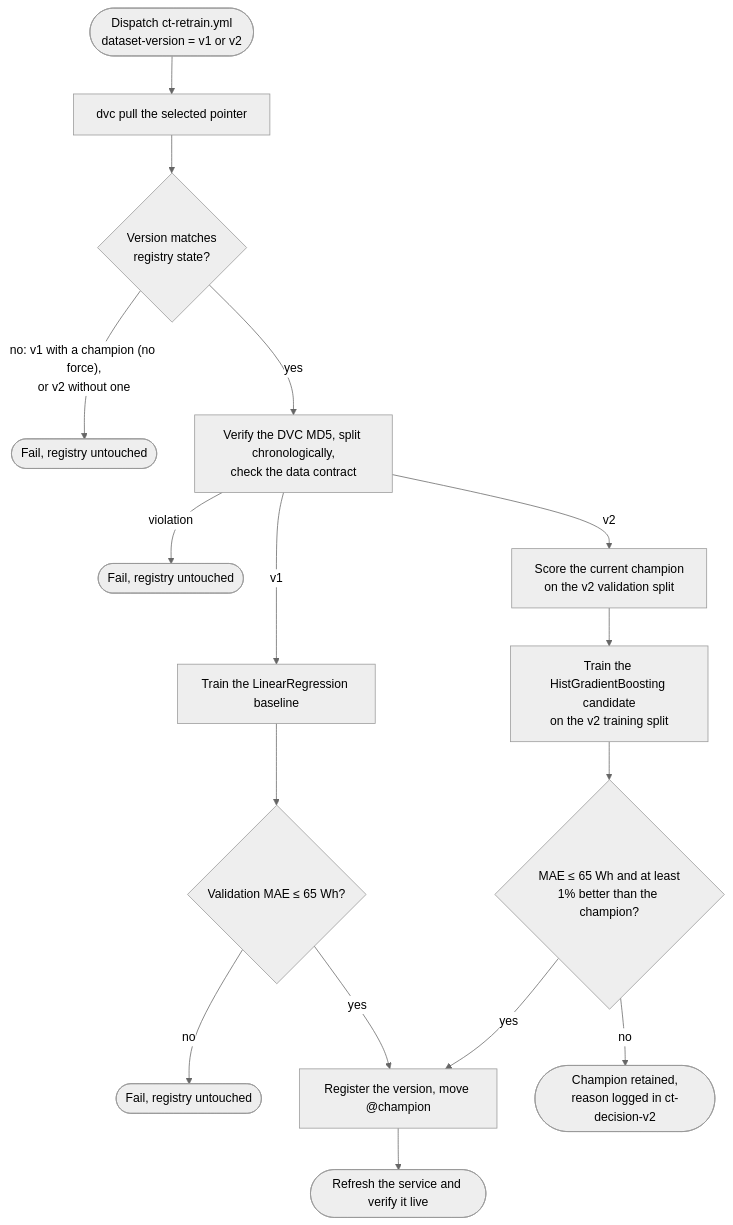
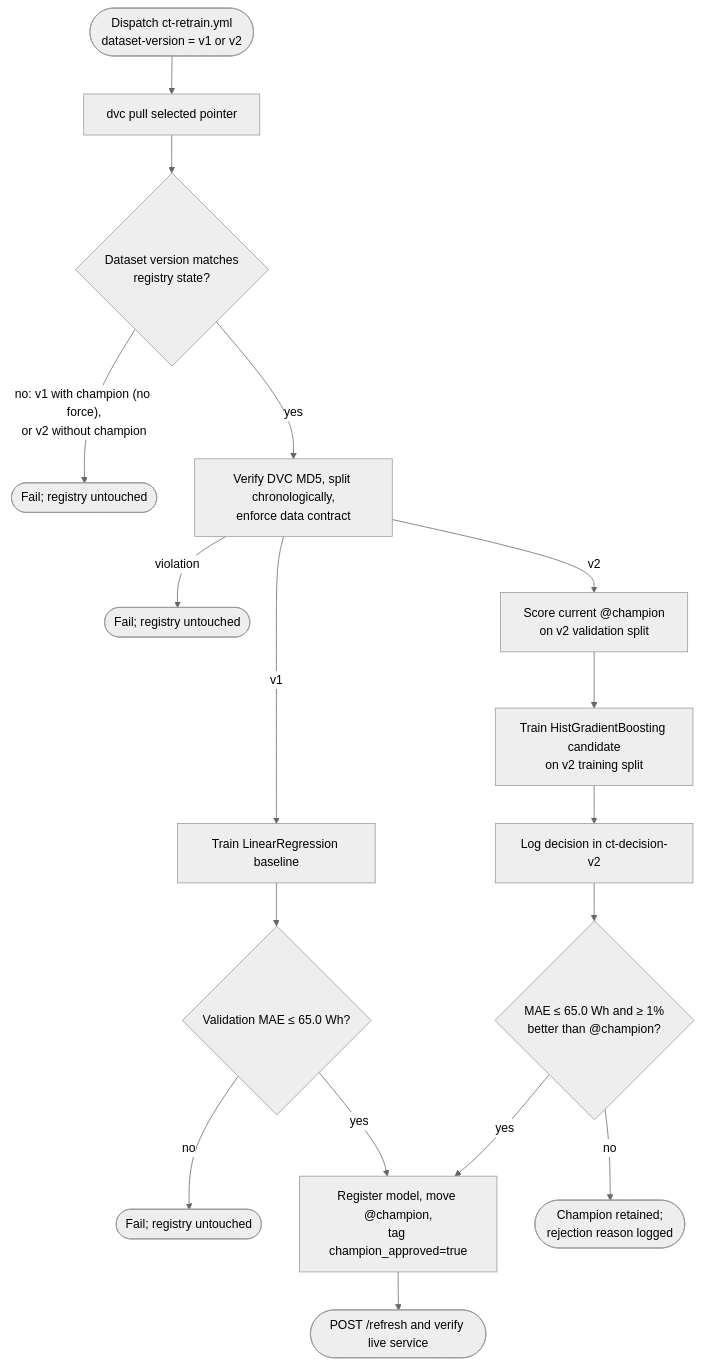
One commit to ChenAuCarre/enercast-mlops changed the diagram in ml/README_experiments.md. Above: the diagram before and after it, drawn with Mermaid (neutral theme). The commit also changed other lines of this file and 5 other files, not shown here.

````diff
--- a/ml/README_experiments.md
+++ b/ml/README_experiments.md
@@ -80,18 +72,19 @@
 ```mermaid
 flowchart TD
-    Start(["Dispatch ct-retrain.yml<br/>dataset-version = v1 or v2"]) --> Pull["dvc pull the selected pointer"]
-    Pull --> State{"Version matches<br/>registry state?"}
-    State -- "no: v1 with a champion (no force),<br/>or v2 without one" --> Stop1(["Fail, registry untouched"])
-    State -- yes --> Load["Verify the DVC MD5, split chronologically,<br/>check the data contract"]
-    Load -- violation --> Stop2(["Fail, registry untouched"])
-    Load -- v1 --> Base["Train the LinearRegression baseline"]
-    Base --> G1{"Validation MAE ≤ 65 Wh?"}
-    G1 -- no --> Stop3(["Fail, registry untouched"])
+    Start(["Dispatch ct-retrain.yml<br/>dataset-version = v1 or v2"]) --> Pull["dvc pull selected pointer"]
+    Pull --> State{"Dataset version matches<br/>registry state?"}
+    State -- "no: v1 with champion (no force),<br/>or v2 without champion" --> Stop1(["Fail; registry untouched"])
+    State -- yes --> Load["Verify DVC MD5, split chronologically,<br/>enforce data contract"]
+    Load -- violation --> Stop2(["Fail; registry untouched"])
+    Load -- v1 --> Base["Train LinearRegression baseline"]
+    Base --> G1{"Validation MAE ≤ 65.0 Wh?"}
+    G1 -- no --> Stop3(["Fail; registry untouched"])
     G1 -- yes --> Promote
-    Load -- v2 --> Score["Score the current champion<br/>on the v2 validation split"]
-    Score --> Cand["Train the HistGradientBoosting candidate<br/>on the v2 training split"]
-    Cand --> G2{"MAE ≤ 65 Wh and at least<br/>1% better than the champion?"}
-    G2 -- no --> Retain(["Champion retained,<br/>reason logged in ct-decision-v2"])
-    G2 -- yes --> Promote["Register the version, move @champion"]
-    Promote --> Refresh(["Refresh the service and verify it live"])
+    Load -- v2 --> Score["Score current @champion<br/>on v2 validation split"]
+    Score --> Cand["Train HistGradientBoosting candidate<br/>on v2 training split"]
+    Cand --> Log["Log decision in ct-decision-v2"]
+    Log --> G2{"MAE ≤ 65.0 Wh and ≥ 1%<br/>better than @champion?"}
+    G2 -- no --> Retain(["Champion retained;<br/>rejection reason logged"])
+    G2 -- yes --> Promote["Register model, move @champion,<br/>tag champion_approved=true"]
+    Promote --> Refresh(["POST /refresh and verify live service"])
 ```
````
